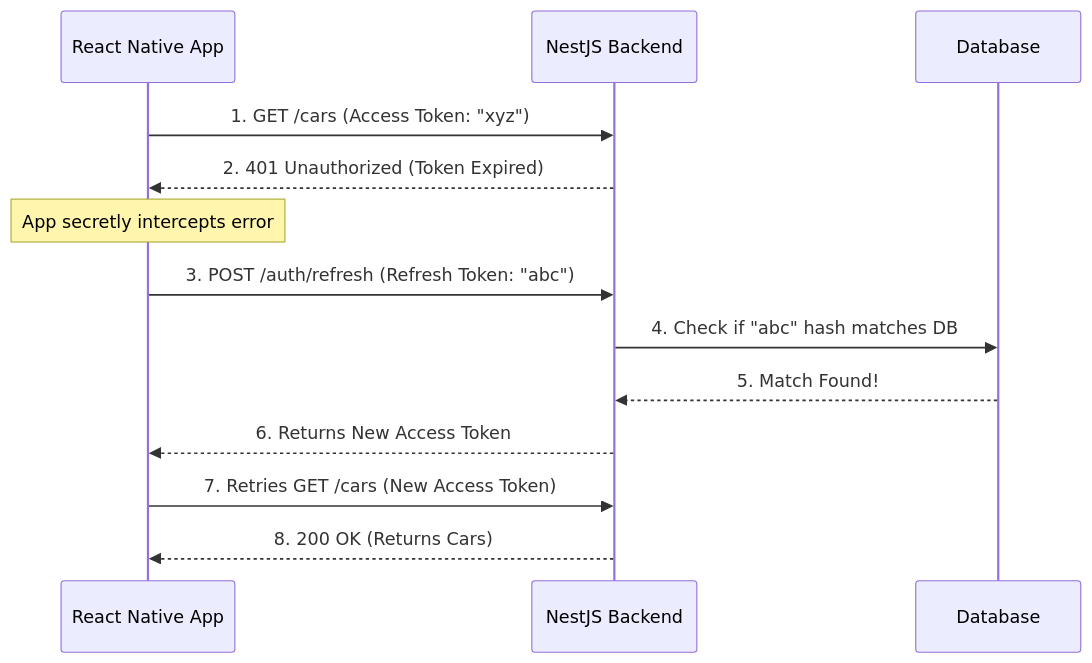
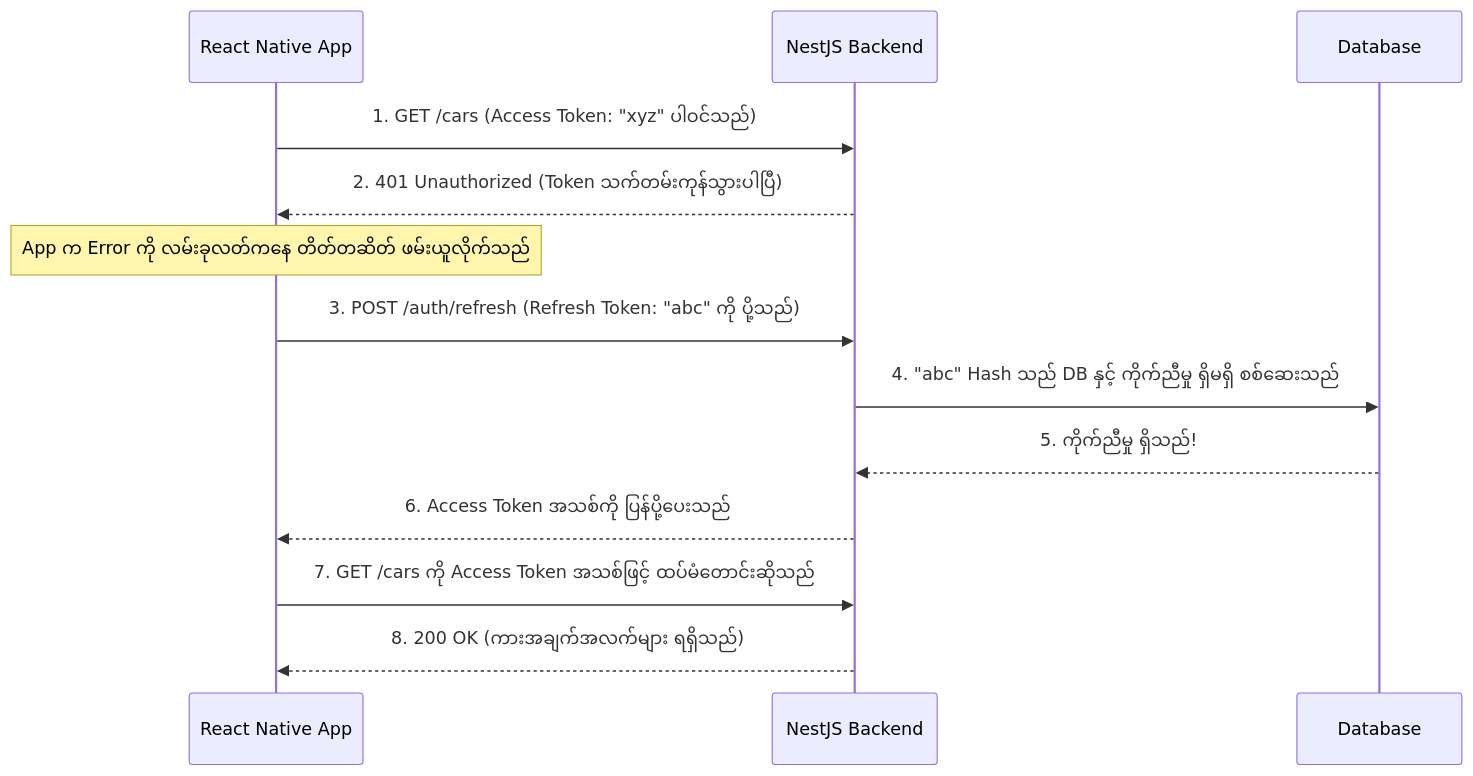
Before and after one commit to ayechanaungdev/full-stack-development: the diagram in system-docs/day-06-complete-guide.md, drawn with Mermaid. The commit also changed other lines of this file and 13 other files, not shown here.

````diff
--- a/system-docs/day-06-complete-guide.md
+++ b/system-docs/day-06-complete-guide.md
@@ -28,16 +28,16 @@
 ```mermaid
 sequenceDiagram
     participant App as React Native App
     participant API as NestJS Backend
     participant DB as Database
 
-    App->>API: 1. GET /cars (Access Token: "xyz")
-    API-->>App: 2. 401 Unauthorized (Token Expired)
-    Note over App: App secretly intercepts error
-    App->>API: 3. POST /auth/refresh (Refresh Token: "abc")
-    API->>DB: 4. Check if "abc" hash matches DB
-    DB-->>API: 5. Match Found!
-    API-->>App: 6. Returns New Access Token
-    App->>API: 7. Retries GET /cars (New Access Token)
-    API-->>App: 8. 200 OK (Returns Cars)
+    App->>API: 1. GET /cars (Access Token: "xyz" ပါဝင်သည်)
+    API-->>App: 2. 401 Unauthorized (Token သက်တမ်းကုန်သွားပါပြီ)
+    Note over App: App က Error ကို လမ်းခုလတ်ကနေ တိတ်တဆိတ် ဖမ်းယူလိုက်သည်
+    App->>API: 3. POST /auth/refresh (Refresh Token: "abc" ကို ပို့သည်)
+    API->>DB: 4. "abc" Hash သည် DB နှင့် ကိုက်ညီမှု ရှိမရှိ စစ်ဆေးသည်
+    DB-->>API: 5. ကိုက်ညီမှု ရှိသည်!
+    API-->>App: 6. Access Token အသစ်ကို ပြန်ပို့ပေးသည်
+    App->>API: 7. GET /cars ကို Access Token အသစ်ဖြင့် ထပ်မံတောင်းဆိုသည်
+    API-->>App: 8. 200 OK (ကားအချက်အလက်များ ရရှိသည်)
 ```
````
